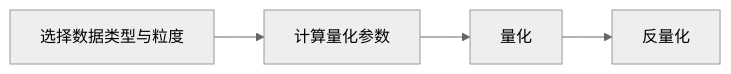
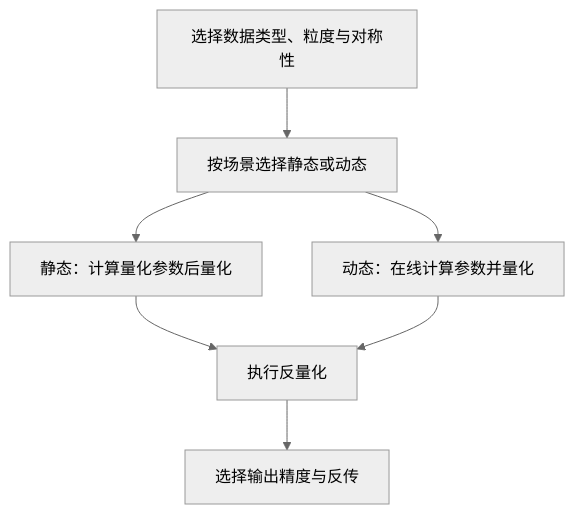
Before and after one commit to mindstudio-docs/master: the diagram in msmodelslim/docs/zh/knowledge_base/dtype_ops/usage_dtype_ops.md, drawn with Mermaid (neutral theme). The commit also changed other lines of this file and 491 other files, not shown here.

````diff
--- a/msmodelslim/docs/zh/knowledge_base/dtype_ops/usage_dtype_ops.md
+++ b/msmodelslim/docs/zh/knowledge_base/dtype_ops/usage_dtype_ops.md
@@ -43,6 +43,9 @@
 ```mermaid
-flowchart LR
-  A[选择数据类型与粒度] --> B[计算量化参数]
-  B --> C[量化]
-  C --> D[反量化]
+flowchart TD
+  A[选择数据类型、粒度与对称性] --> B[按场景选择静态或动态]
+  B --> C[静态：计算量化参数后量化]
+  B --> D[动态：在线计算参数并量化]
+  C --> E[执行反量化]
+  D --> E
+  E --> F[选择输出精度与反传]
 ```
````
